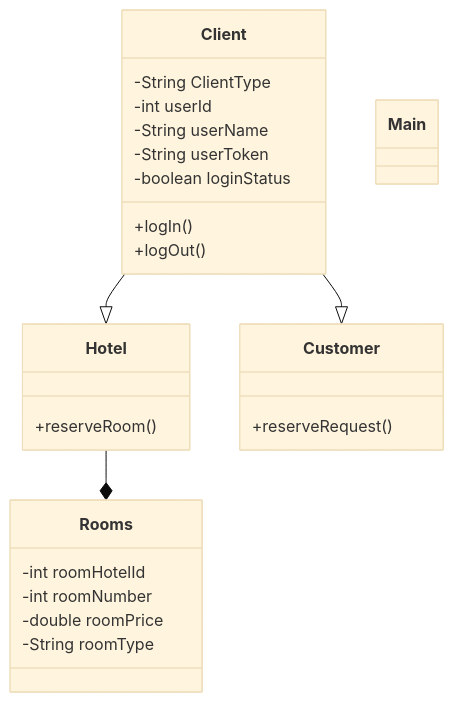
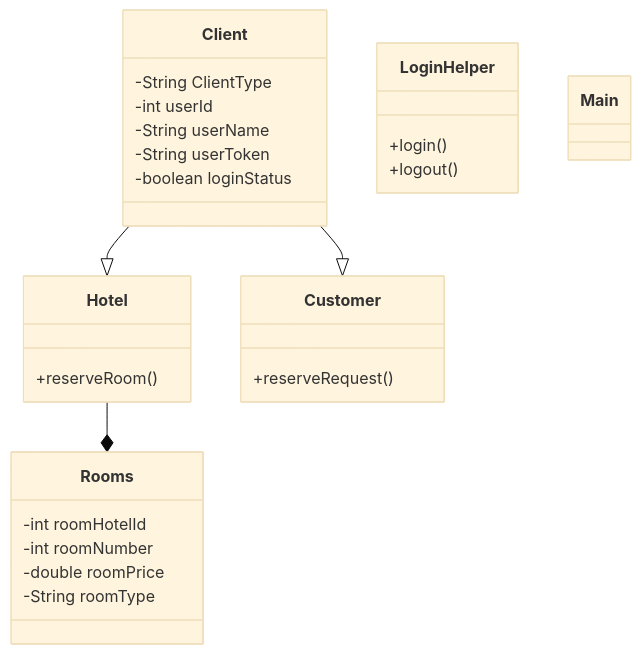
The diagram in wiki/new-diagram.md (roxashrb/2425-cc3-1e-project-team-and-jerry), drawn with Mermaid (base theme) before and after one commit.

````diff
--- a/wiki/new-diagram.md
+++ b/wiki/new-diagram.md
@@ -1,37 +1,40 @@
 ```mermaid
 ---
 Title: Hotel Reservation System
 ---
 classDiagram
     class Client {
         -String ClientType
         -int userId
         -String userName
         -String userToken
         -boolean loginStatus
-        +logIn()
-        +logOut()
     }
 
     Client --|> Hotel
     class Hotel {
         +reserveRoom()
     }
 
     Client --|> Customer
     class Customer {
         +reserveRequest()
     }
 
     Hotel --* Rooms
     class Rooms {
         -int roomHotelId
         -int roomNumber
         -double roomPrice
         -String roomType
     }
 
+    class LoginHelper {
+        +login()
+        +logout()
+    }
+
     class Main {
     }
     
 ```
````
